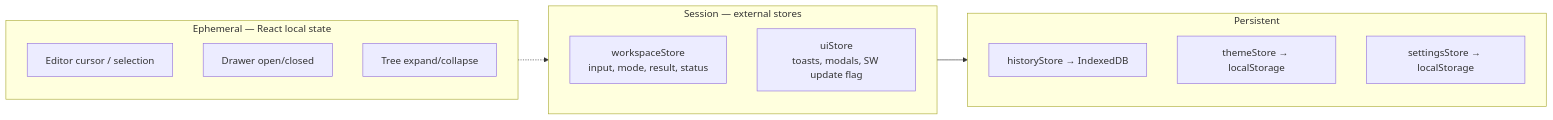
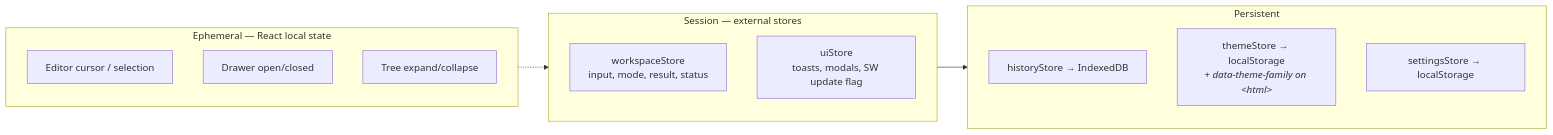
The tenth of 13 diagrams in docs/02_ARCHITECTURE.md (theunknown107/syntaxlab), drawn with Mermaid before and after one commit. The commit also changed 19 other files, not shown here.

````diff
--- a/docs/02_ARCHITECTURE.md
+++ b/docs/02_ARCHITECTURE.md
@@ -416,19 +416,19 @@
 ```mermaid
 graph LR
     subgraph Ephemeral["Ephemeral — React local state"]
         E1["Editor cursor / selection"]
         E2["Drawer open/closed"]
         E3["Tree expand/collapse"]
     end
     subgraph Session["Session — external stores"]
         S1["workspaceStore<br/>input, mode, result, status"]
         S2["uiStore<br/>toasts, modals, SW update flag"]
     end
     subgraph Persistent["Persistent"]
         P1["historyStore → IndexedDB"]
-        P2["themeStore → localStorage"]
+        P2["themeStore → localStorage<br/><i>+ data-theme-family on &lt;html&gt;</i>"]
         P3["settingsStore → localStorage"]
     end
     Ephemeral -.-> Session
     Session --> Persistent
 ```
````
